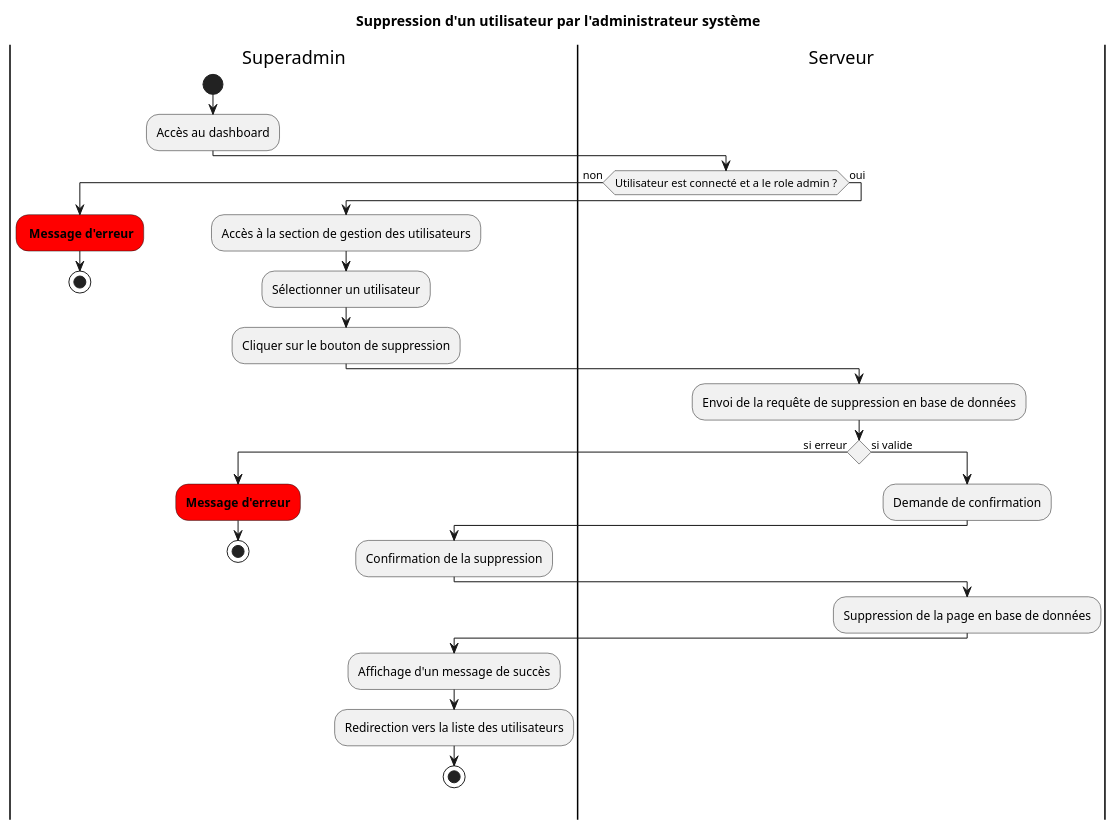
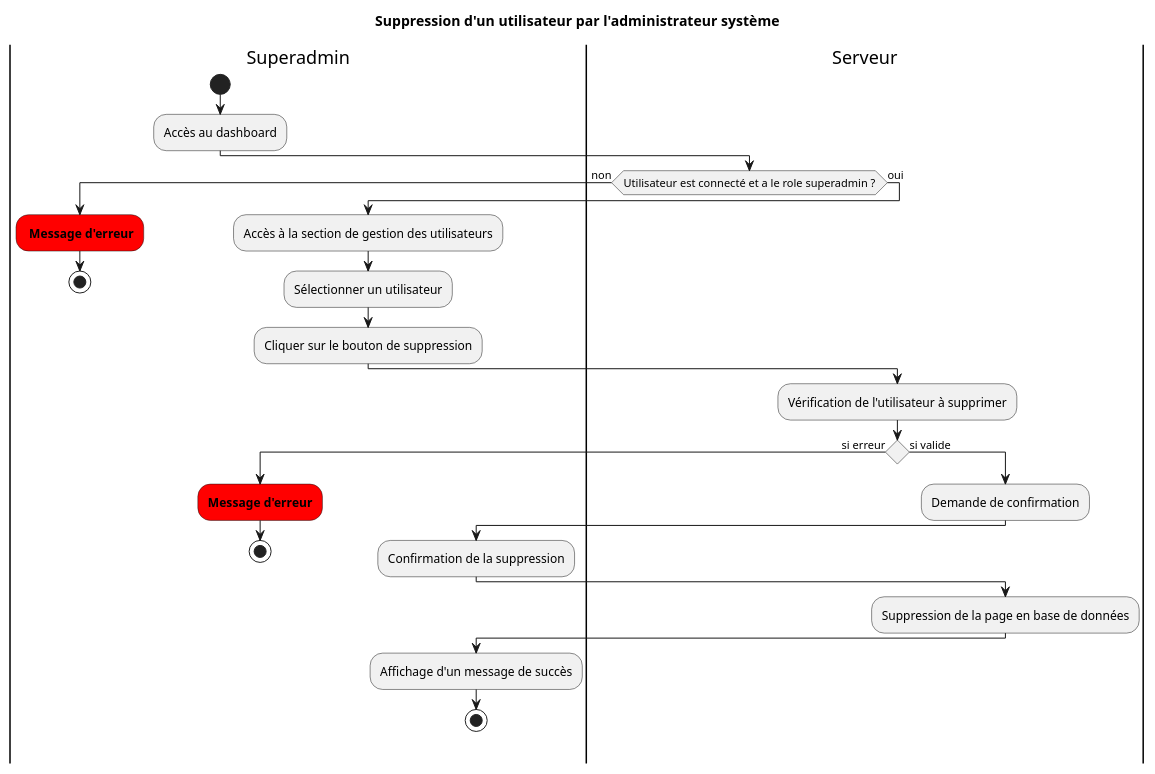
Before and after one commit to fledgless/PFI-HDF: the diagram in public/conception/diagrammes/activite/SuperadminDeleteUser.puml, drawn with PlantUML. The commit also changed 14 other files, not shown here.

Commit message:
ajout des diagrammes d'activité de lecture et de modification d'objet

```diff
--- a/public/conception/diagrammes/activite/SuperadminDeleteUser.puml
+++ b/public/conception/diagrammes/activite/SuperadminDeleteUser.puml
@@ -1,36 +1,35 @@
 @startuml SuperadminDeleteUser
 title Suppression d'un utilisateur par l'administrateur système
 
 |Superadmin|
 start
 :Accès au dashboard;
 |Serveur|
-if (Utilisateur est connecté et a le role admin ?) then (non)
+if (Utilisateur est connecté et a le role superadmin ?) then (non)
   |Superadmin|
   #red: **Message d'erreur**;
   stop
 else (oui)
   |Superadmin|
   :Accès à la section de gestion des utilisateurs;
   :Sélectionner un utilisateur;
     :Cliquer sur le bouton de suppression;
   |Serveur|
-  :Envoi de la requête de suppression en base de données;
+  :Vérification de l'utilisateur à supprimer;
   if () is (si erreur) then
     |Superadmin|
     #red:**Message d'erreur**;
     stop
   else (si valide)
     |Serveur|
     :Demande de confirmation;
     |Superadmin|
     :Confirmation de la suppression;
     |Serveur|
     :Suppression de la page en base de données;
     |Superadmin|
     :Affichage d'un message de succès;
-    :Redirection vers la liste des utilisateurs;
     stop
   endif
 endif
 @enduml
```
